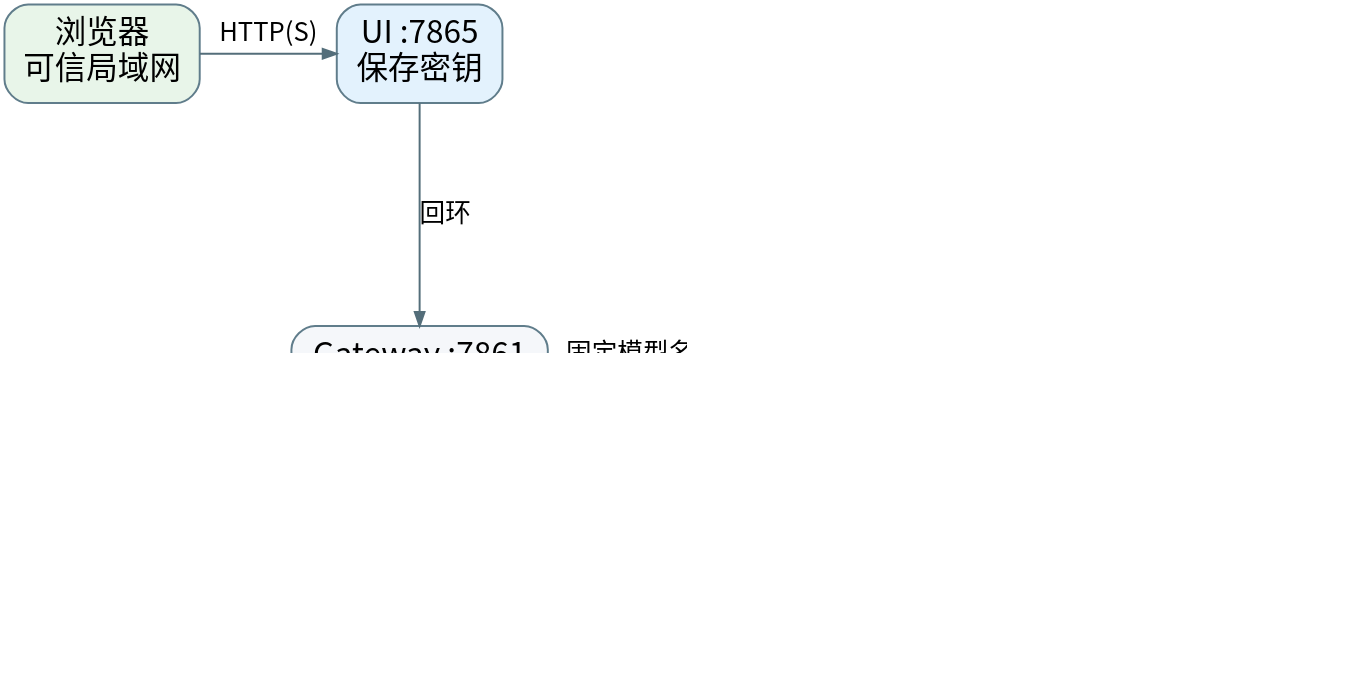
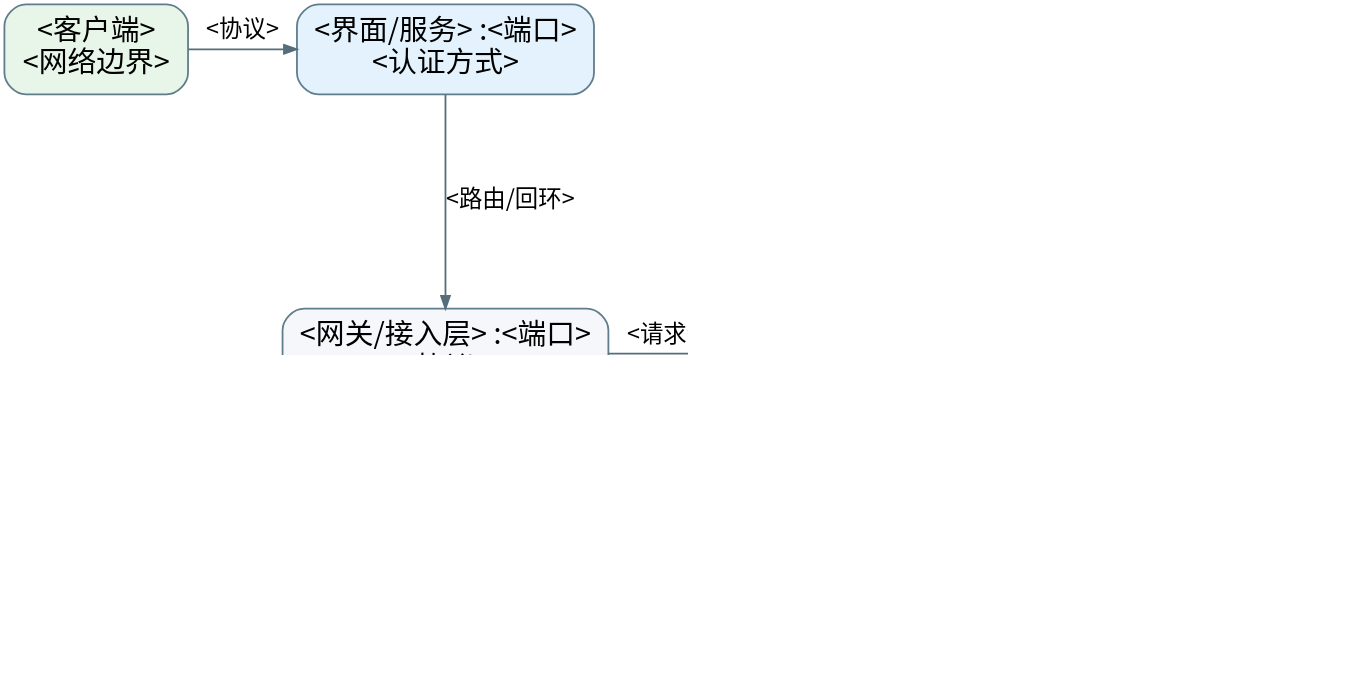
One commit to zhouxzh/dsh-writing-suite changed the diagram in skills/ascend310b-writing-dot/templates/architecture-slide.dot. Above: the diagram before and after it, drawn with Graphviz. The commit also changed 51 other files, not shown here.

```diff
--- a/skills/ascend310b-writing-dot/templates/architecture-slide.dot
+++ b/skills/ascend310b-writing-dot/templates/architecture-slide.dot
@@ -1,48 +1,48 @@
 digraph architecture_16x9 {
   graph [
     rankdir=TB,
     fontname="Noto Sans CJK SC",
     fontsize=16,
     size="8.5,4.8",
     ratio="fill",
     dpi=144,
     pad="0.08",
     nodesep="0.28",
     ranksep="0.42",
     splines="polyline",
     bgcolor="transparent"
   ];
   node [
     fontname="Noto Sans CJK SC",
     fontsize=16,
     margin="0.14,0.10",
     height="0.56",
     shape=box,
     style="rounded,filled",
     fillcolor="#F5F7FA",
     color="#607D8B"
   ];
   edge [
     fontname="Noto Sans CJK SC",
     fontsize=13,
     color="#546E7A",
     arrowsize="0.7"
   ];
 
-  browser [label="浏览器\n可信局域网", fillcolor="#E8F5E9"];
-  ui [label="UI :7865\n保存密钥", fillcolor="#E3F2FD"];
-  gateway [label="Gateway :7861\nBearer 鉴权"];
-  worker [label="MindSpore worker\n:8090，串行", fillcolor="#E8F5E9"];
-  model [label="模型加载\n与输出", shape=note];
-  npu [label="Ascend 310B1 / 20T", fillcolor="#FFF3E0"];
+  browser [label="<客户端>\n<网络边界>", fillcolor="#E8F5E9"];
+  ui [label="<界面/服务> :<端口>\n<认证方式>", fillcolor="#E3F2FD"];
+  gateway [label="<网关/接入层> :<端口>\n<协议>"];
+  worker [label="<执行服务>\n<并发或串行>", fillcolor="#E8F5E9"];
+  model [label="<模型加载>\n<输出合同>", shape=note];
+  npu [label="<板卡型号> / <档位>", fillcolor="#FFF3E0"];
 
   { rank=same; browser; ui; }
   { rank=same; gateway; worker; }
   { rank=same; model; npu; }
 
-  browser -> ui [label="HTTP(S)"];
-  ui -> gateway [label="回环"];
-  gateway -> worker [label="固定模型名"];
-  worker -> model;
-  model -> npu [label="NPU"];
+  browser -> ui [label="<协议>"];
+  ui -> gateway [label="<路由/回环>"];
+  gateway -> worker [label="<请求合同>"];
+  worker -> model [label="<模型/版本>"];
+  model -> npu [label="<设备>"];
 }
```
